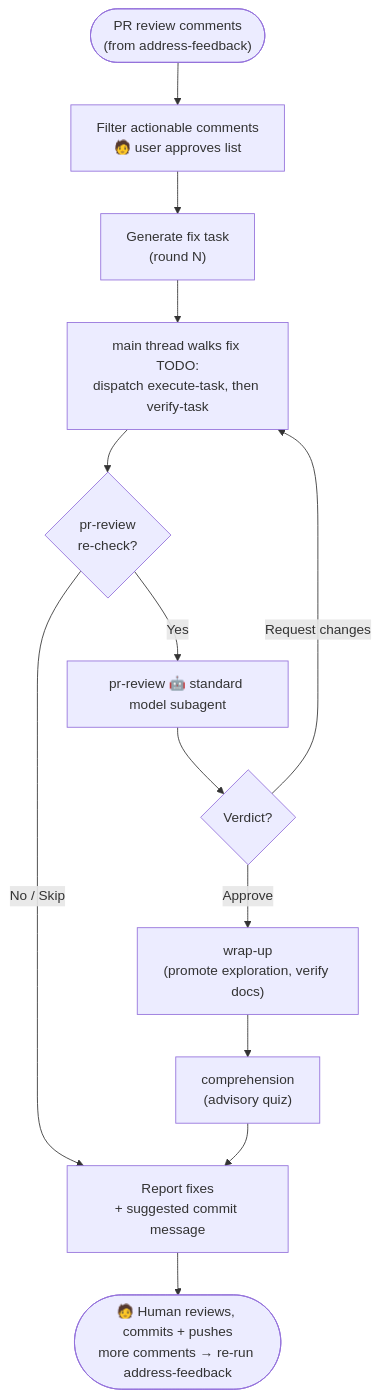
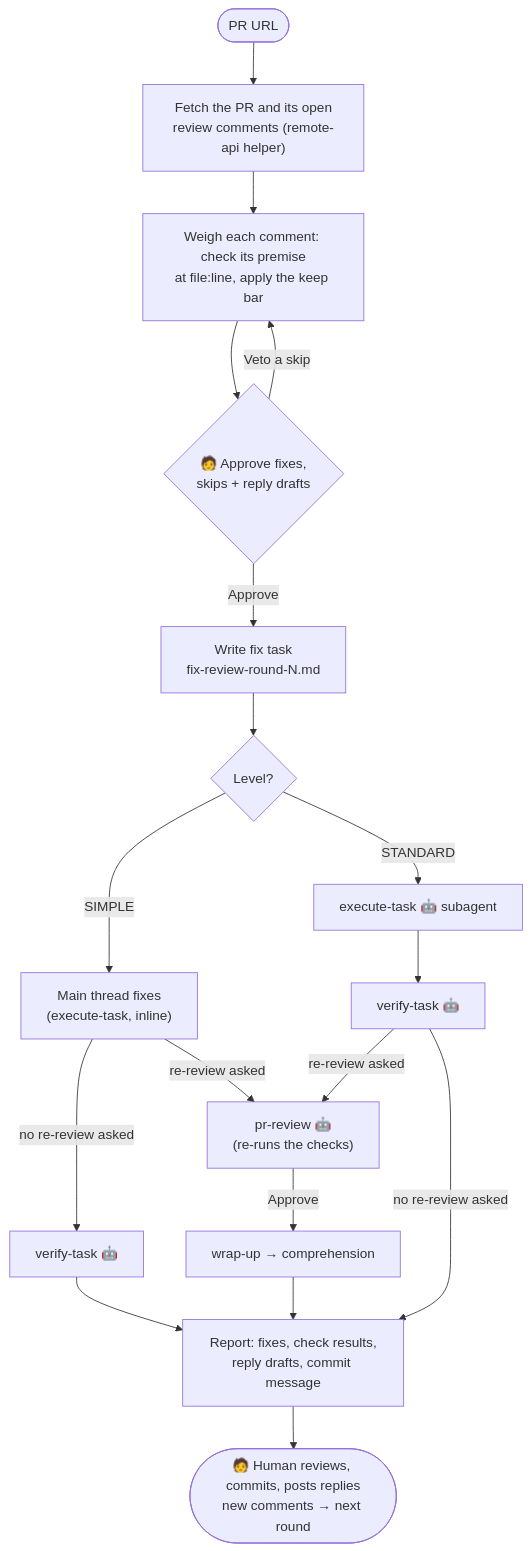
One commit to precise-alloy/ritus changed the fifth of 8 diagrams in docs/WORKFLOW_DIAGRAMS.md. Above: the diagram before and after it, drawn with Mermaid. The commit also changed other lines of this file and 106 other files, not shown here.

````diff
--- a/docs/WORKFLOW_DIAGRAMS.md
+++ b/docs/WORKFLOW_DIAGRAMS.md
@@ -187,15 +167,20 @@
 ```mermaid
 flowchart TD
-    Start(["PR review comments\n(from address-feedback)"]) --> AFFilter["Filter actionable comments\n🧑 user approves list"]
-    AFFilter --> AFTask["Generate fix task\n(round N)"]
-    AFTask --> AFExec["main thread walks fix TODO:\ndispatch execute-task, then verify-task"]
-    AFExec --> AFRecheck{"pr-review\nre-check?"}
-    AFRecheck -->|"Yes"| AFReview["pr-review 🤖 standard model subagent"]
-    AFReview --> AFVerdict{"Verdict?"}
-    AFVerdict -->|"Approve"| AFWrapUp["wrap-up\n(promote exploration, verify docs)"]
-    AFVerdict -->|"Request changes"| AFExec
-    AFRecheck -->|"No / Skip"| AFCommit["Report fixes\n+ suggested commit message"]
-    AFWrapUp --> AFComp["comprehension\n(advisory quiz)"]
-    AFComp --> AFCommit
-    AFCommit --> AFDone(["🧑 Human reviews, commits + pushes\nmore comments → re-run address-feedback"])
+    Start(["PR URL"]) --> Fetch["Fetch the PR and its open\nreview comments (remote-api helper)"]
+    Fetch --> Weigh["Weigh each comment: check its premise\nat file:line, apply the keep bar"]
+    Weigh --> Gate{"🧑 Approve fixes,\nskips + reply drafts"}
+    Gate -->|"Veto a skip"| Weigh
+    Gate -->|"Approve"| Task["Write fix task\nfix-review-round-N.md"]
+    Task --> Level{"Level?"}
+    Level -->|"SIMPLE"| Inline["Main thread fixes\n(execute-task, inline)"]
+    Inline -->|"no re-review asked"| SVerify["verify-task 🤖"]
+    Inline -->|"re-review asked"| Review["pr-review 🤖\n(re-runs the checks)"]
+    Level -->|"STANDARD"| Exec["execute-task 🤖 subagent"]
+    Exec --> Verify["verify-task 🤖"]
+    Verify -->|"re-review asked"| Review
+    SVerify --> Report["Report: fixes, check results,\nreply drafts, commit message"]
+    Verify -->|"no re-review asked"| Report
+    Review -->|"Approve"| WrapUp["wrap-up → comprehension"]
+    WrapUp --> Report
+    Report --> Done(["🧑 Human reviews, commits, posts replies\nnew comments → next round"])
 ```
````
